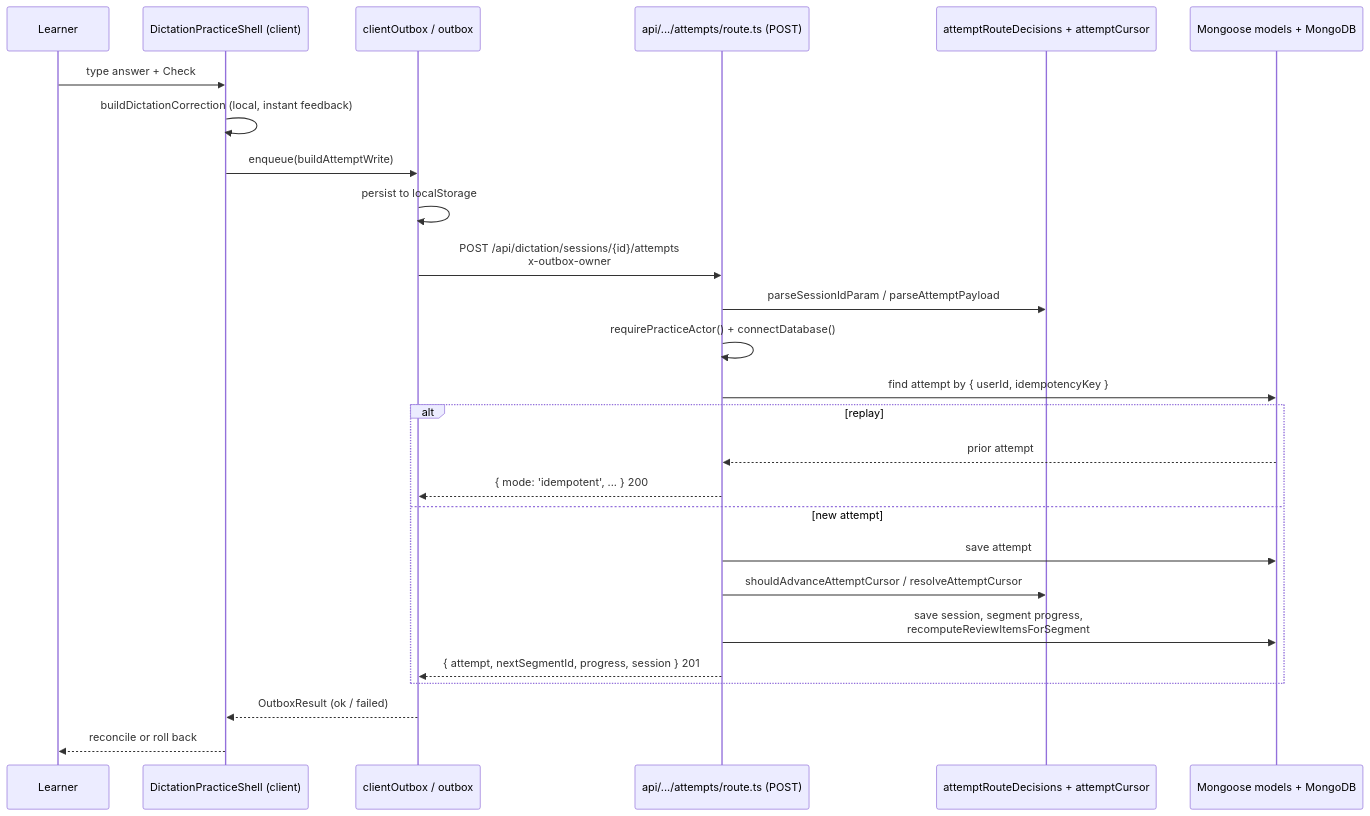
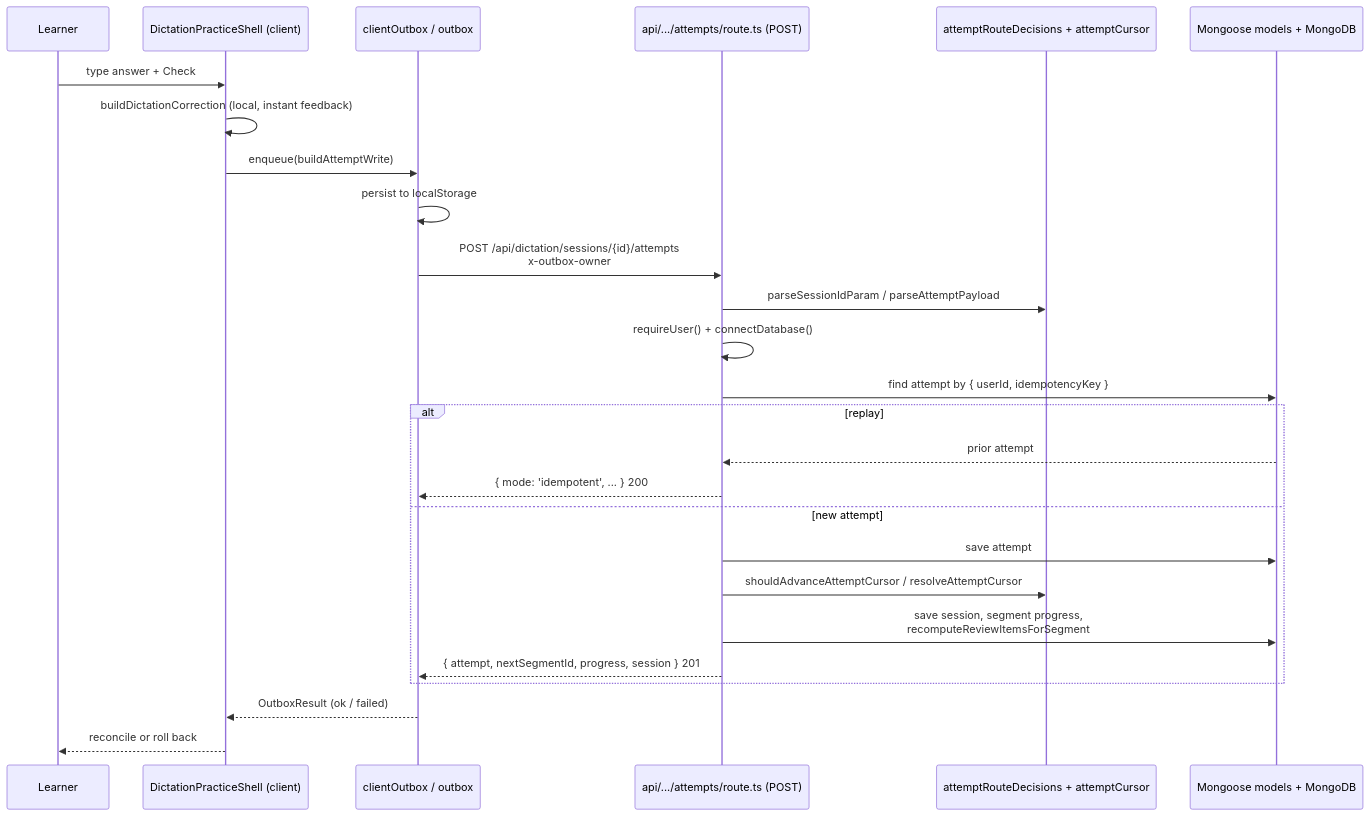
The second of 6 diagrams in docs/02-architecture.md (NaKMiers/English_For_Only_Me), drawn with Mermaid before and after one commit. The commit also changed other lines of this file and 181 other files, not shown here.

````diff
--- a/docs/02-architecture.md
+++ b/docs/02-architecture.md
@@ -282,29 +289,29 @@
 ```mermaid
 sequenceDiagram
   participant U as Learner
   participant Shell as DictationPracticeShell (client)
   participant Obx as clientOutbox / outbox
   participant Route as api/.../attempts/route.ts (POST)
   participant Dec as attemptRouteDecisions + attemptCursor
   participant DB as Mongoose models + MongoDB
 
   U->>Shell: type answer + Check
   Shell->>Shell: buildDictationCorrection (local, instant feedback)
   Shell->>Obx: enqueue(buildAttemptWrite)
   Obx->>Obx: persist to localStorage
   Obx->>Route: POST /api/dictation/sessions/{id}/attempts<br/>x-outbox-owner
   Route->>Dec: parseSessionIdParam / parseAttemptPayload
-  Route->>Route: requirePracticeActor() + connectDatabase()
+  Route->>Route: requireUser() + connectDatabase()
   Route->>DB: find attempt by { userId, idempotencyKey }
   alt replay
     DB-->>Route: prior attempt
     Route-->>Obx: { mode: 'idempotent', ... } 200
   else new attempt
     Route->>DB: save attempt
     Route->>Dec: shouldAdvanceAttemptCursor / resolveAttemptCursor
     Route->>DB: save session, segment progress,<br/>recomputeReviewItemsForSegment
     Route-->>Obx: { attempt, nextSegmentId, progress, session } 201
   end
   Obx-->>Shell: OutboxResult (ok / failed)
   Shell-->>U: reconcile or roll back
 ```
````
